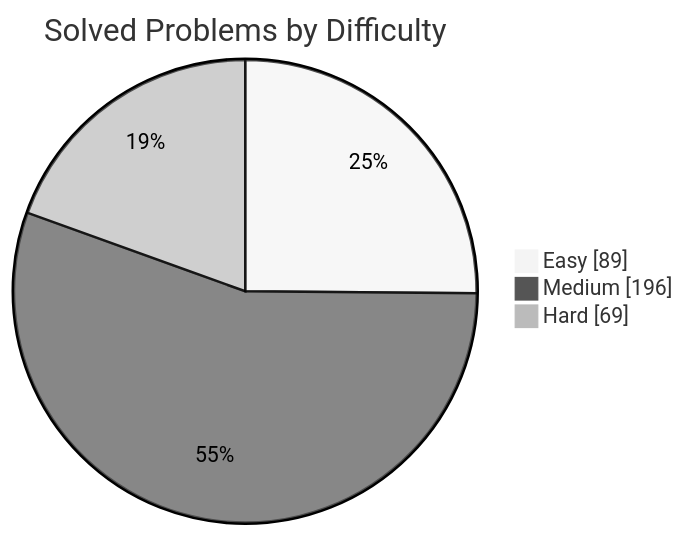
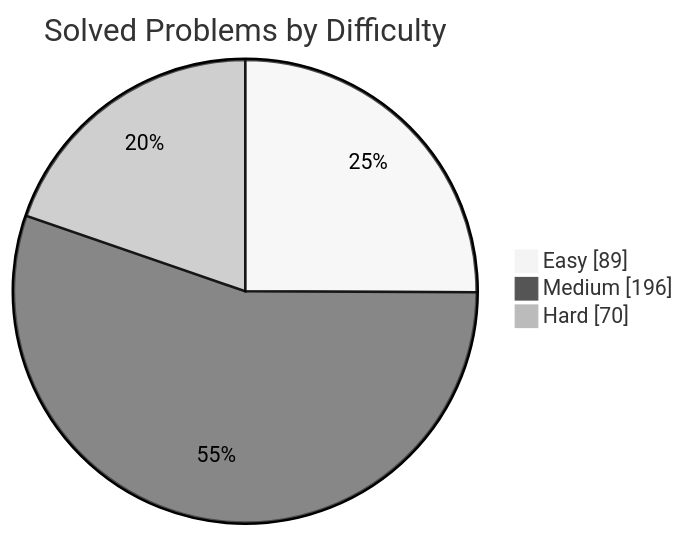
The first of 2 diagrams in README.md (manikantbindass/DSA-Preparation-FAANG), drawn with Mermaid (neutral theme) before and after one commit. The commit also changed other lines of this file and 1 other file, not shown here.

````diff
--- a/README.md
+++ b/README.md
@@ -77,7 +77,7 @@
 ```mermaid
 pie showData
     title Solved Problems by Difficulty
     "Easy" : 89
     "Medium" : 196
-    "Hard" : 69
+    "Hard" : 70
 ```
````
